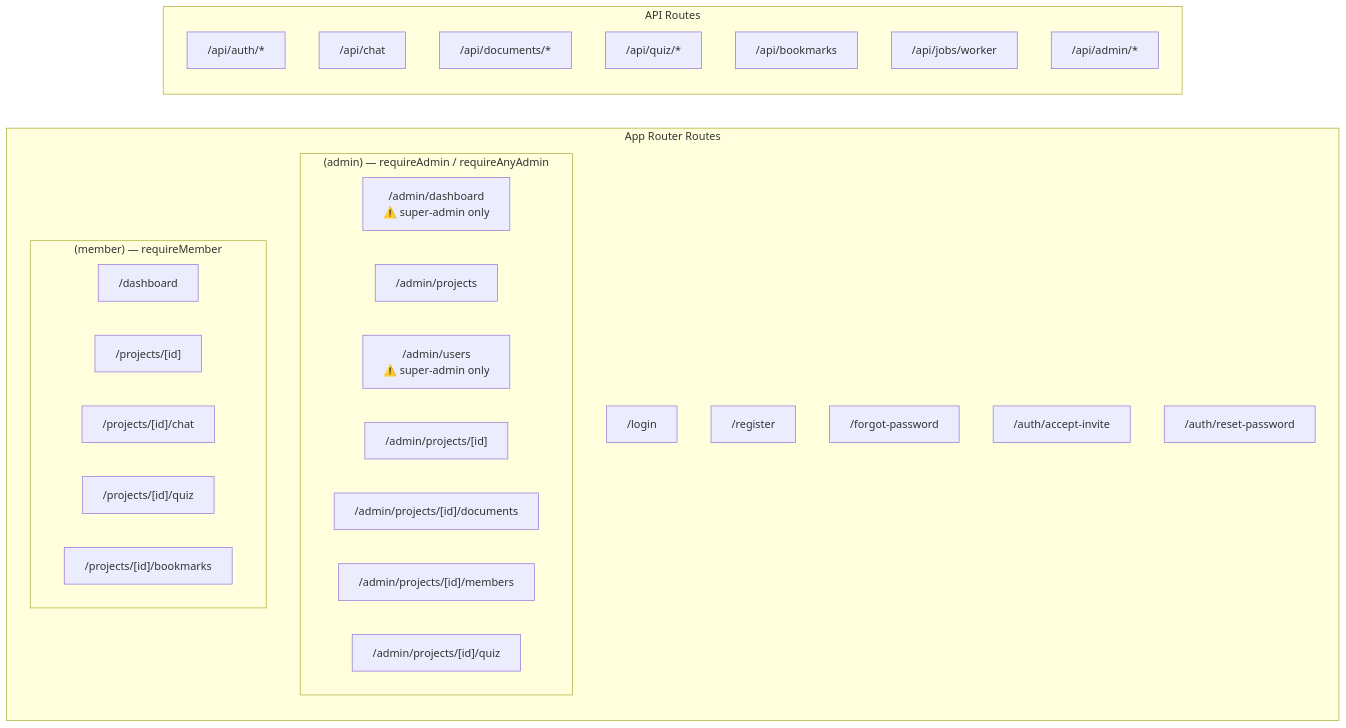
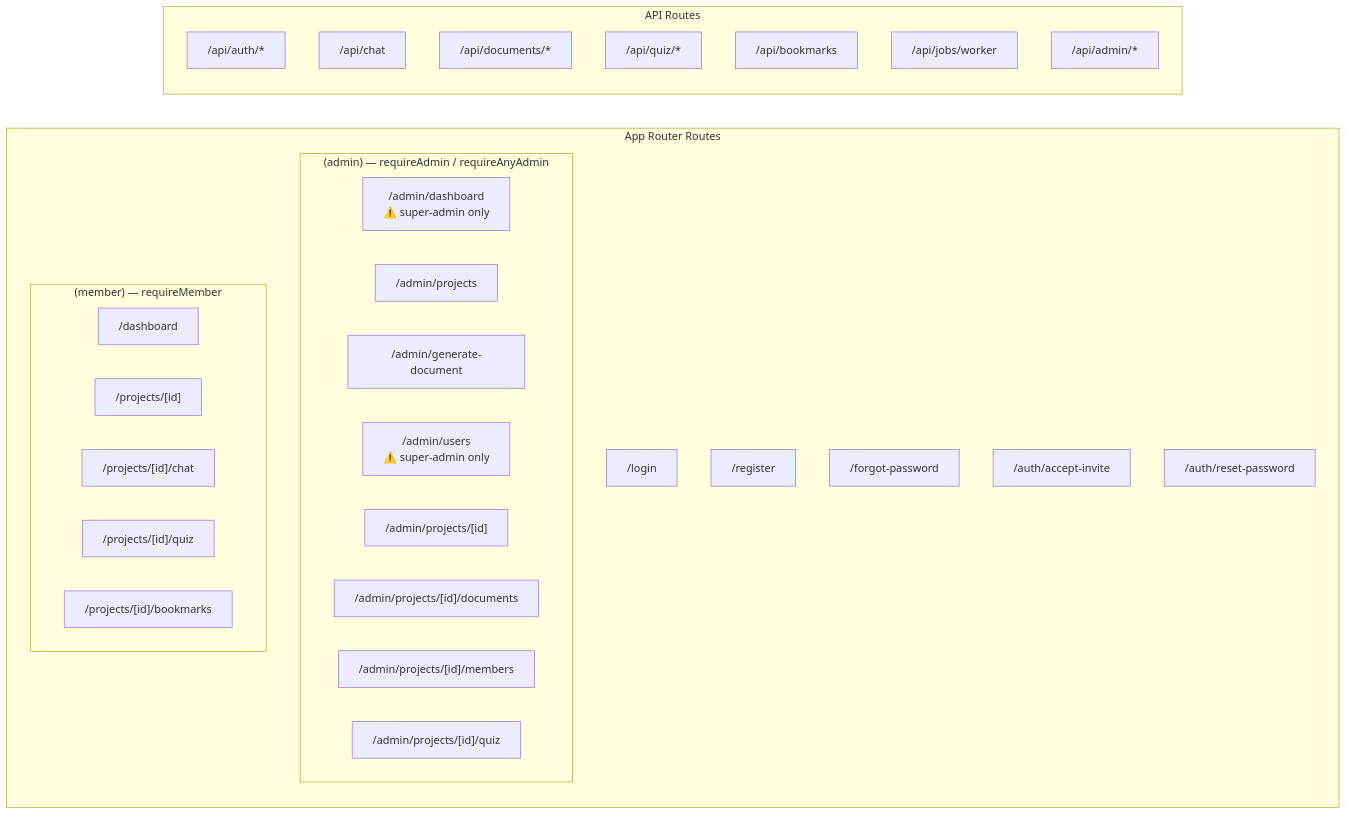
One commit to krishnaitha/Summit_Knowledge_Transition changed the second of 11 diagrams in docs/ARCHITECTURE.md. Above: the diagram before and after it, drawn with Mermaid. The commit also changed other lines of this file and 49 other files, not shown here.

````diff
--- a/docs/ARCHITECTURE.md
+++ b/docs/ARCHITECTURE.md
@@ -125,38 +125,39 @@
 ```mermaid
 graph LR
     subgraph Routes["App Router Routes"]
         Login["/login"]
         Register["/register"]
         ForgotPw["/forgot-password"]
         AcceptInvite["/auth/accept-invite"]
         ResetPw["/auth/reset-password"]
 
         subgraph AdminRoutes["(admin) — requireAdmin / requireAnyAdmin"]
             AdminDash["/admin/dashboard<br/>⚠️ super-admin only"]
             AdminProjects["/admin/projects"]
+            AdminDocGen["/admin/generate-document"]
             AdminUsers["/admin/users<br/>⚠️ super-admin only"]
             ProjectDetail["/admin/projects/[id]"]
             ProjectDocs["/admin/projects/[id]/documents"]
             ProjectMembers["/admin/projects/[id]/members"]
             ProjectQuiz["/admin/projects/[id]/quiz"]
         end
 
         subgraph MemberRoutes["(member) — requireMember"]
             MemberDash["/dashboard"]
             MemberProjects["/projects/[id]"]
             Chat["/projects/[id]/chat"]
             Quiz["/projects/[id]/quiz"]
             Bookmarks["/projects/[id]/bookmarks"]
         end
     end
 
     subgraph APIRoutes["API Routes"]
         AuthAPI["/api/auth/*"]
         ChatAPI["/api/chat"]
         DocsAPI["/api/documents/*"]
         QuizAPI["/api/quiz/*"]
         BookmarksAPI["/api/bookmarks"]
         JobsAPI["/api/jobs/worker"]
         AdminAPI["/api/admin/*"]
     end
 ```
````
